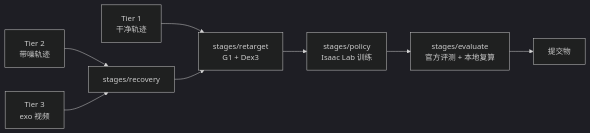
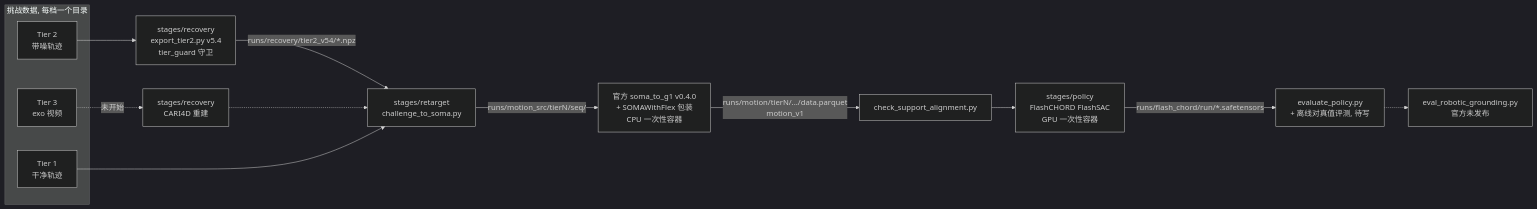
The diagram in docs/architecture-current.md (Manifold-ai/maniphys_lab_v2d_challenge), drawn with Mermaid (dark theme) before and after one commit. The commit also changed other lines of this file and 135 other files, not shown here.

````diff
--- a/docs/architecture-current.md
+++ b/docs/architecture-current.md
@@ -13,10 +24,18 @@
 ```mermaid
 flowchart LR
-    T1[Tier 1<br>干净轨迹] --> RT
-    T2[Tier 2<br>带噪轨迹] --> RC[stages/recovery]
-    T3[Tier 3<br>exo 视频] --> RC
-    RC --> RT[stages/retarget<br>G1 + Dex3]
-    RT --> PO[stages/policy<br>Isaac Lab 训练]
-    PO --> EV[stages/evaluate<br>官方评测 + 本地复算]
-    EV --> SUB[提交物]
+    subgraph 输入[挑战数据, 每档一个目录]
+        T1[Tier 1<br>干净轨迹]
+        T2[Tier 2<br>带噪轨迹]
+        T3[Tier 3<br>exo 视频]
+    end
+    T2 --> RC[stages/recovery<br>export_tier2.py v5.4<br>tier_guard 守卫]
+    T3 -.未开始.-> RC3[stages/recovery<br>CARI4D 重建]
+    RC -->|runs/recovery/tier2_v54/*.npz| CV
+    RC3 -.-> CV
+    T1 --> CV[stages/retarget<br>challenge_to_soma.py]
+    CV -->|runs/motion_src/tierN/seq/| RT[官方 soma_to_g1 v0.4.0<br>+ SOMAWithFlex 包装<br>CPU 一次性容器]
+    RT -->|runs/motion/tierN/.../data.parquet<br>motion_v1| CK[check_support_alignment.py]
+    CK --> PO[stages/policy<br>FlashCHORD FlashSAC<br>GPU 一次性容器]
+    PO -->|runs/flash_chord/run/*.safetensors| EV[evaluate_policy.py<br>+ 离线对真值评测, 待写]
+    EV -.-> SUB[eval_robotic_grounding.py<br>官方未发布]
 ```
````
